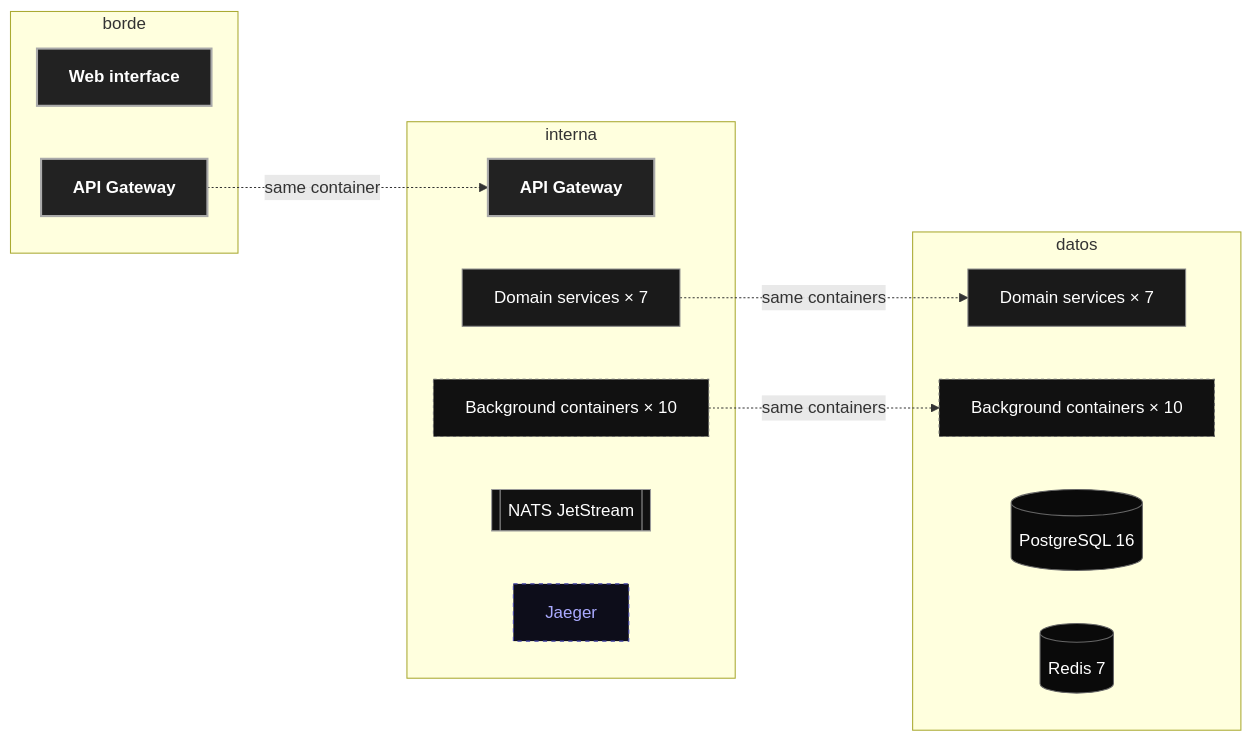
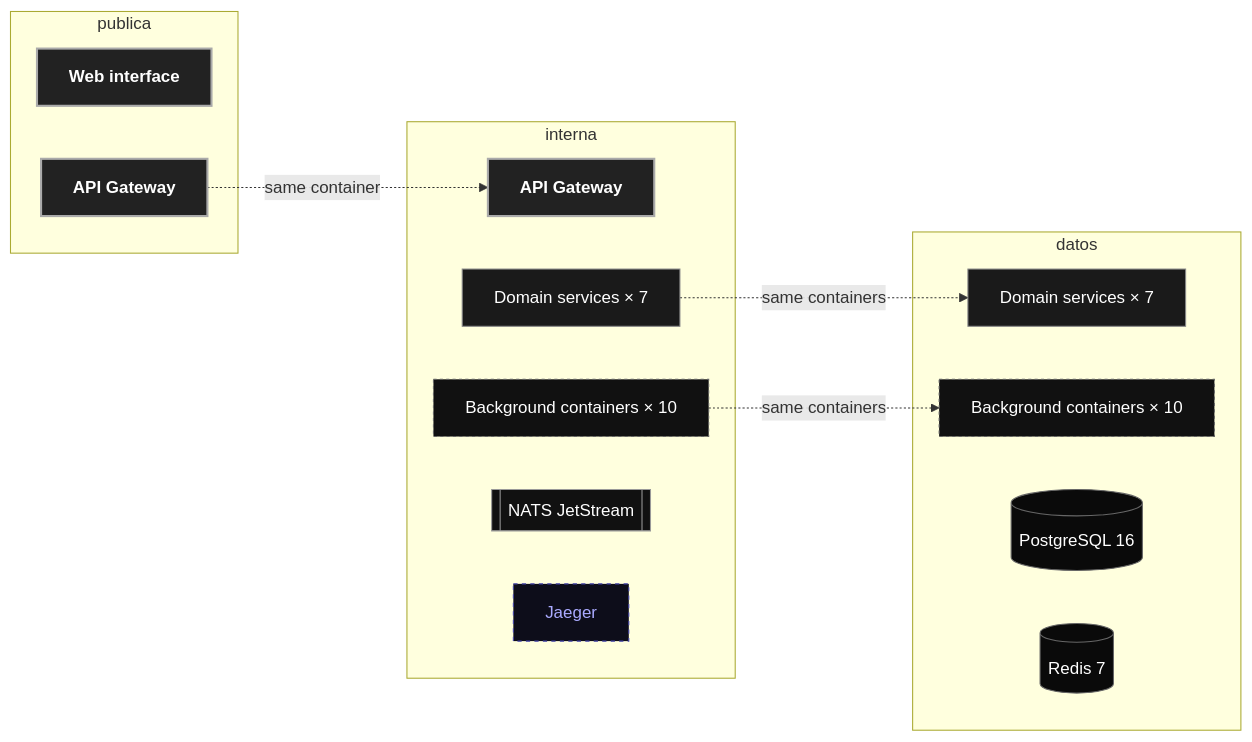
Before and after one commit to cristiangilsanz/qrew: the second of 2 diagrams in docs/architecture/views/physical.md, drawn with Mermaid. The commit also changed other lines of this file and 11 other files, not shown here.

````diff
--- a/docs/architecture/views/physical.md
+++ b/docs/architecture/views/physical.md
@@ -74,33 +74,33 @@
 ```mermaid
 flowchart LR
-    subgraph borde["borde"]
+    subgraph publica["publica"]
         web["Web interface"]:::edge
         gwA["API Gateway"]:::edge
     end
 
     subgraph interna["interna"]
         gwB["API Gateway"]:::edge
         svcA["Domain services × 7"]:::svc
         wrkA["Background containers × 10"]:::worker
         nats[["NATS JetStream"]]:::bus
         jaeger["Jaeger"]:::obs
     end
 
     subgraph datos["datos"]
         svcB["Domain services × 7"]:::svc
         wrkB["Background containers × 10"]:::worker
         pg[("PostgreSQL 16")]:::db
         redis[("Redis 7")]:::db
     end
 
     gwA -.->|"same container"| gwB
     svcA -.->|"same containers"| svcB
     wrkA -.->|"same containers"| wrkB
 
     classDef edge   fill:#222,color:#fff,stroke:#aaa,stroke-width:2px,font-weight:bold
     classDef svc    fill:#1a1a1a,color:#fff,stroke:#888,stroke-width:1px
     classDef worker fill:#111,color:#fff,stroke:#666,stroke-width:1px,stroke-dasharray:3
     classDef db     fill:#0a0a0a,color:#fff,stroke:#666,stroke-width:1px
     classDef bus    fill:#111,color:#fff,stroke:#999,stroke-width:1px
     classDef obs    fill:#0d0d1a,color:#aaaaff,stroke:#4444aa,stroke-width:1px,stroke-dasharray:4
 ```
````
